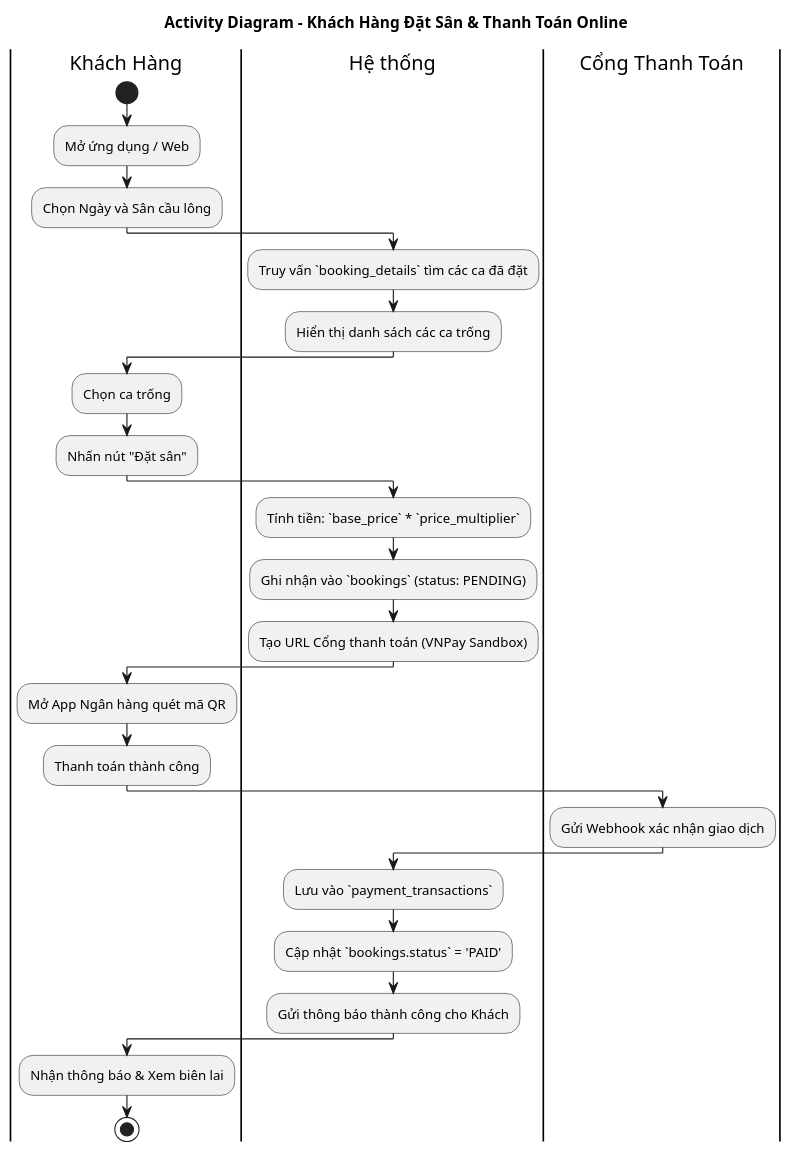
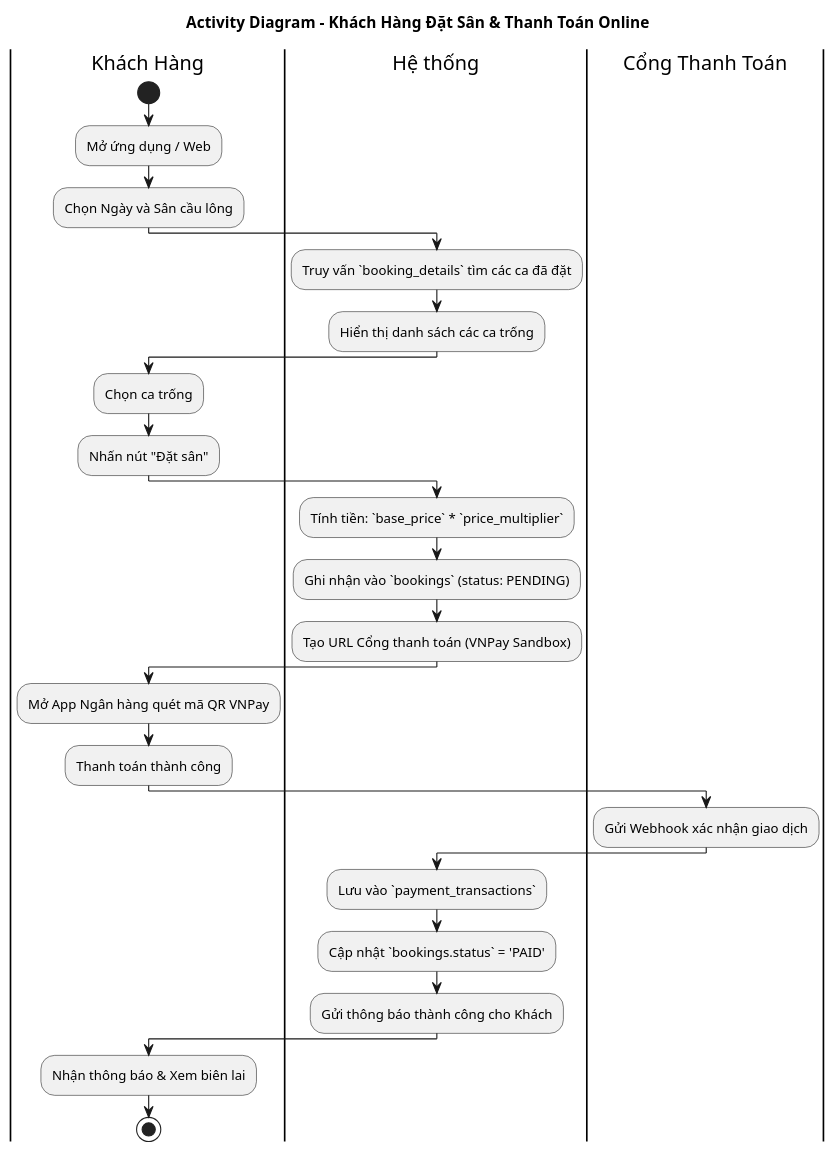
One commit to hung-it/Badminton_Court_Management changed the first of 3 diagrams in docs/activity.md. Above: the diagram before and after it, drawn with PlantUML. The commit also changed 17 other files, not shown here.

````diff
--- a/docs/activity.md
+++ b/docs/activity.md
@@ -11,40 +11,40 @@
 ```plantuml
 @startuml
 title Activity Diagram - Khách Hàng Đặt Sân & Thanh Toán Online
 skinparam maxMessageSize 150
 
 |Khách Hàng|
 start
 :Mở ứng dụng / Web;
 :Chọn Ngày và Sân cầu lông;
 
 |Hệ thống|
 :Truy vấn `booking_details` tìm các ca đã đặt;
 :Hiển thị danh sách các ca trống;
 
 |Khách Hàng|
 :Chọn ca trống;
 :Nhấn nút "Đặt sân";
 
 |Hệ thống|
 :Tính tiền: `base_price` * `price_multiplier`;
 :Ghi nhận vào `bookings` (status: PENDING);
 :Tạo URL Cổng thanh toán (VNPay Sandbox);
 
 |Khách Hàng|
-:Mở App Ngân hàng quét mã QR;
+:Mở App Ngân hàng quét mã QR VNPay;
 :Thanh toán thành công;
 
 |Cổng Thanh Toán|
 :Gửi Webhook xác nhận giao dịch;
 
 |Hệ thống|
 :Lưu vào `payment_transactions`;
 :Cập nhật `bookings.status` = 'PAID';
 :Gửi thông báo thành công cho Khách;
 
 |Khách Hàng|
 :Nhận thông báo & Xem biên lai;
 stop
 @enduml
 ```
````
